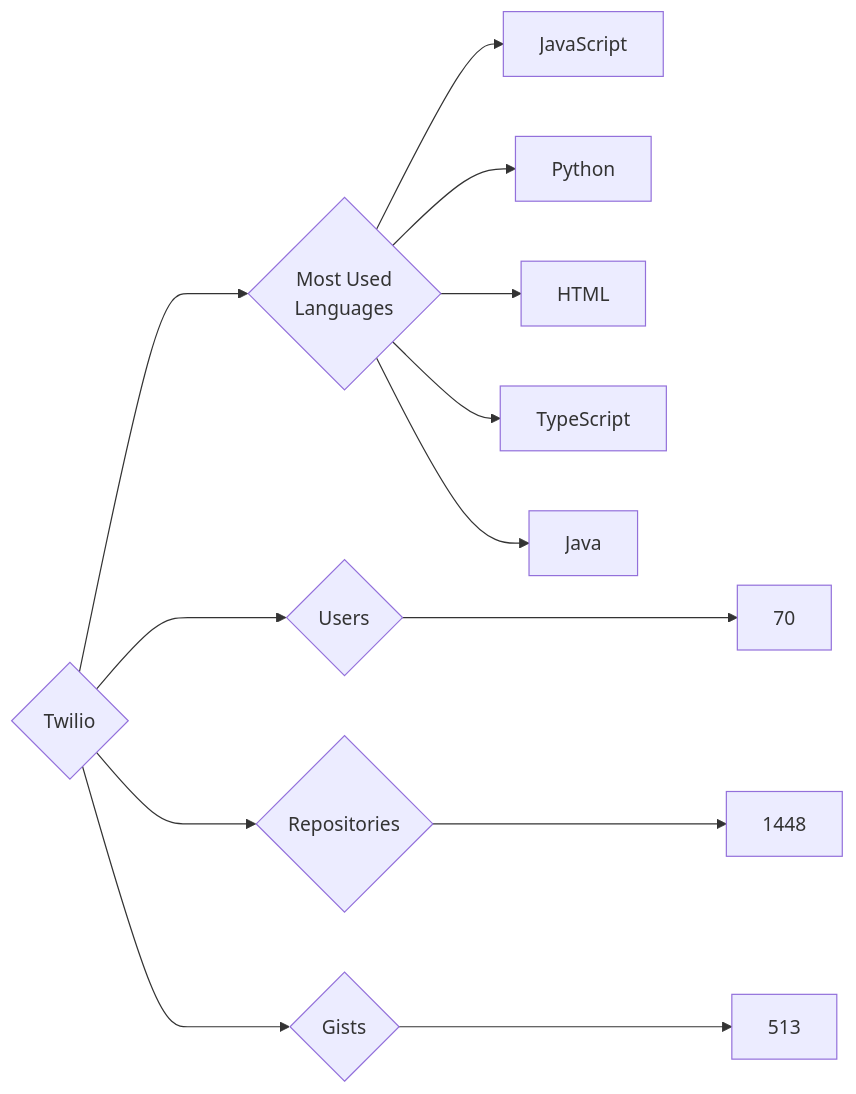
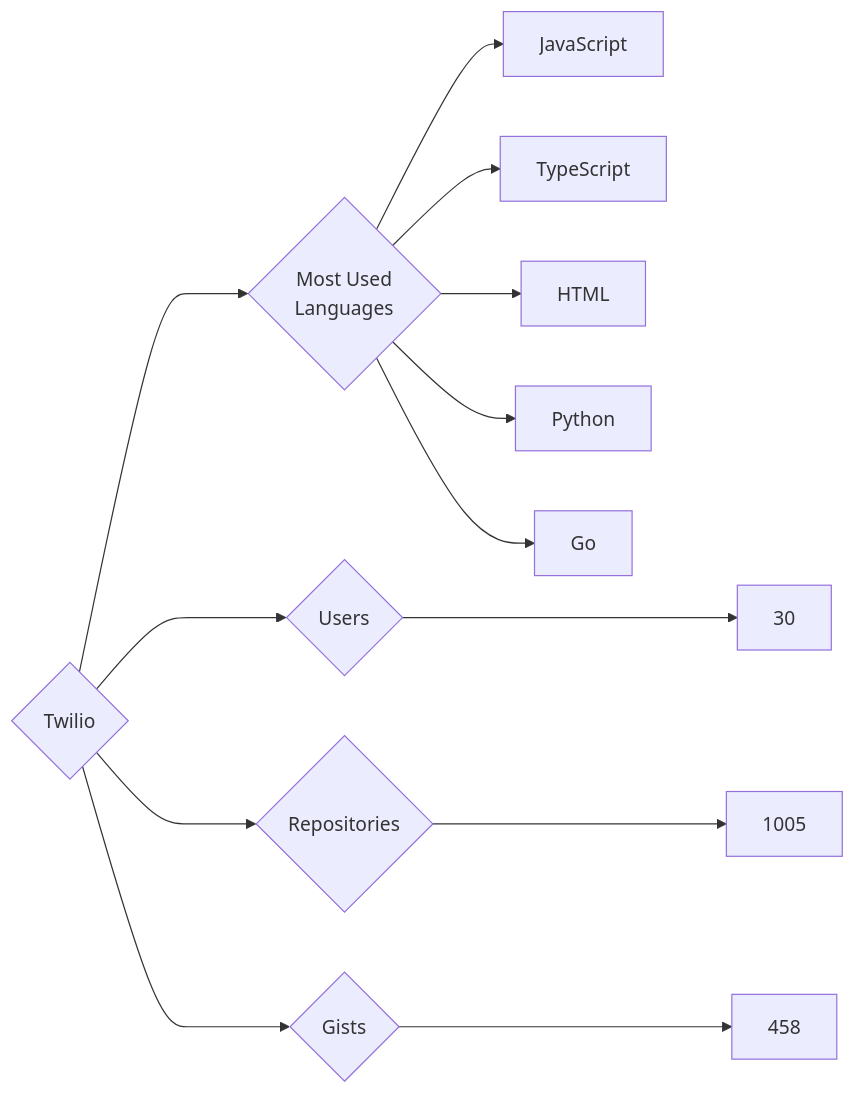
The diagram in targets/Twilio/README.md (trickest/insiders), drawn with Mermaid before and after one commit. The commit also changed 860 other files, not shown here.

````diff
--- a/targets/Twilio/README.md
+++ b/targets/Twilio/README.md
@@ -3,13 +3,13 @@
 ```mermaid
 graph LR
 COMPANY_NAME{Twilio}
-COMPANY_NAME ---> U{Users} ---> UN[70]
-COMPANY_NAME ---> R{Repositories} ---> RN[1448]
-COMPANY_NAME ---> G{Gists} ---> GN[513]
+COMPANY_NAME ---> U{Users} ---> UN[30]
+COMPANY_NAME ---> R{Repositories} ---> RN[1005]
+COMPANY_NAME ---> G{Gists} ---> GN[458]
 COMPANY_NAME ---> ML{Most Used<br>Languages}
 ML --> JavaScript[JavaScript]
+ML --> TypeScript[TypeScript]
+ML --> HTML[HTML]
 ML --> Python[Python]
-ML --> HTML[HTML]
-ML --> TypeScript[TypeScript]
-ML --> Java[Java]
+ML --> Go[Go]
 ```
````
